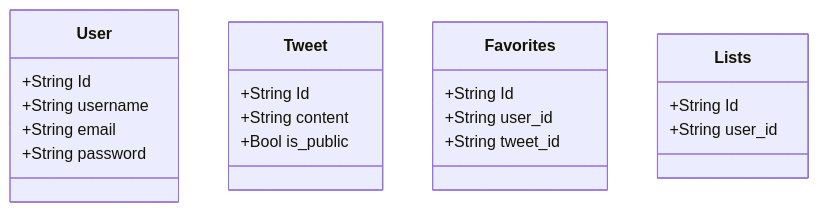
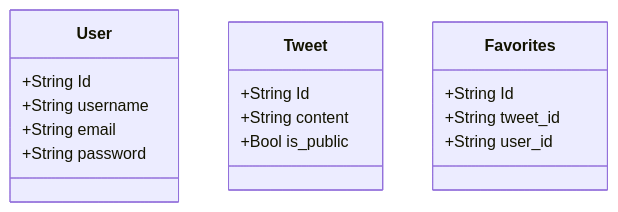
The diagram in README.md (Lootmann/fastapi-sqlalchemy-tweet), drawn with Mermaid before and after one commit. The commit also changed other lines of this file, not shown here.

````diff
--- a/README.md
+++ b/README.md
@@ -17,26 +19,21 @@
 ```mermaid
 classDiagram
   class User {
     +String Id
     +String username
     +String email
     +String password
   }
 
   class Tweet {
     +String Id
     +String content
     +Bool is_public
   }
 
   class Favorites {
     +String Id
-    +String user_id
     +String tweet_id
-  }
-
-  class Lists {
-    +String Id
     +String user_id
   }
 ```
````
